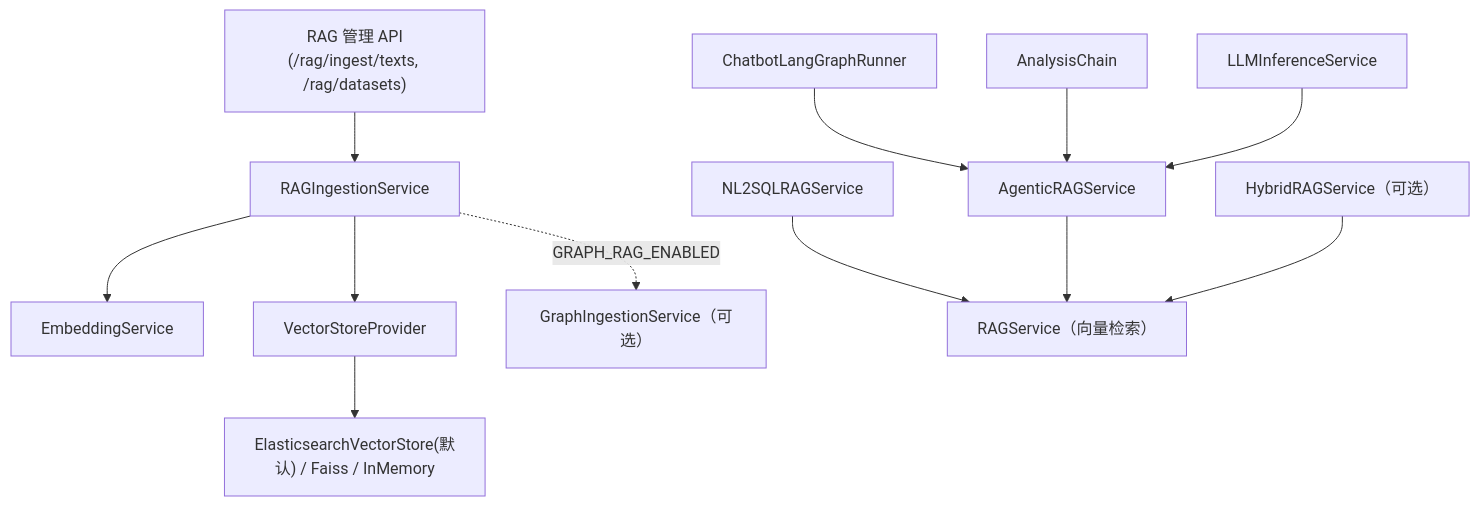
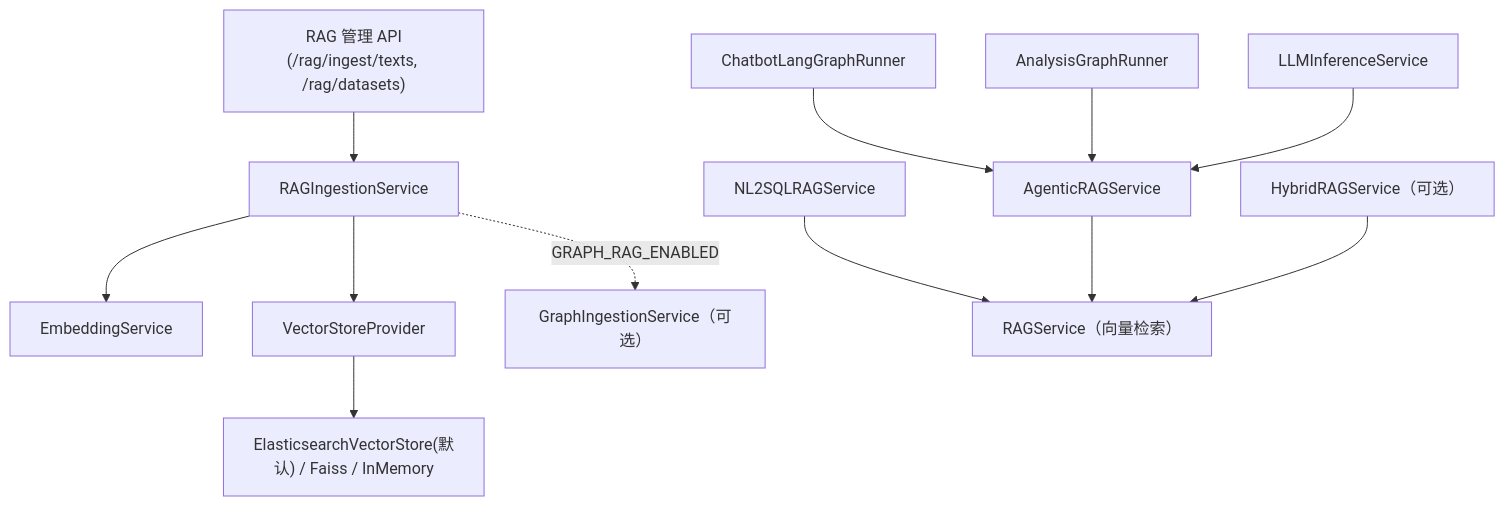
One commit to gaocf888/models_app_framework changed the second of 4 diagrams in framework-guide/RAG整体实现技术说明.md. Above: the diagram before and after it, drawn with Mermaid. The commit also changed other lines of this file and 39 other files, not shown here.

````diff
--- a/framework-guide/RAG整体实现技术说明.md
+++ b/framework-guide/RAG整体实现技术说明.md
@@ -291,34 +291,34 @@
 ```mermaid
 flowchart TB
     %% 节点定义
     RAGAdmin["RAG 管理 API\n(/rag/ingest/texts, /rag/datasets)"]
     RIS["RAGIngestionService"]
     ES["EmbeddingService"]
     VSP["VectorStoreProvider"]
     VS["ElasticsearchVectorStore(默认) / Faiss / InMemory"]
     GIS["GraphIngestionService（可选）"]
 
     RS["RAGService（向量检索）"]
     HRS["HybridRAGService（可选）"]
     ARS["AgenticRAGService"]
 
     Chatbot["ChatbotLangGraphRunner"]
-    Analysis["AnalysisChain"]
+    Analysis["AnalysisGraphRunner"]
     LLMInf["LLMInferenceService"]
     NL2SQL["NL2SQLRAGService"]
 
     %% 边关系
     RAGAdmin --> RIS
     RIS --> ES
     RIS --> VSP
     VSP --> VS
     RIS -. GRAPH_RAG_ENABLED .-> GIS
 
     Chatbot --> ARS
     Analysis --> ARS
     LLMInf --> ARS
     NL2SQL --> RS
 
     ARS --> RS
     HRS --> RS
 ```
````
